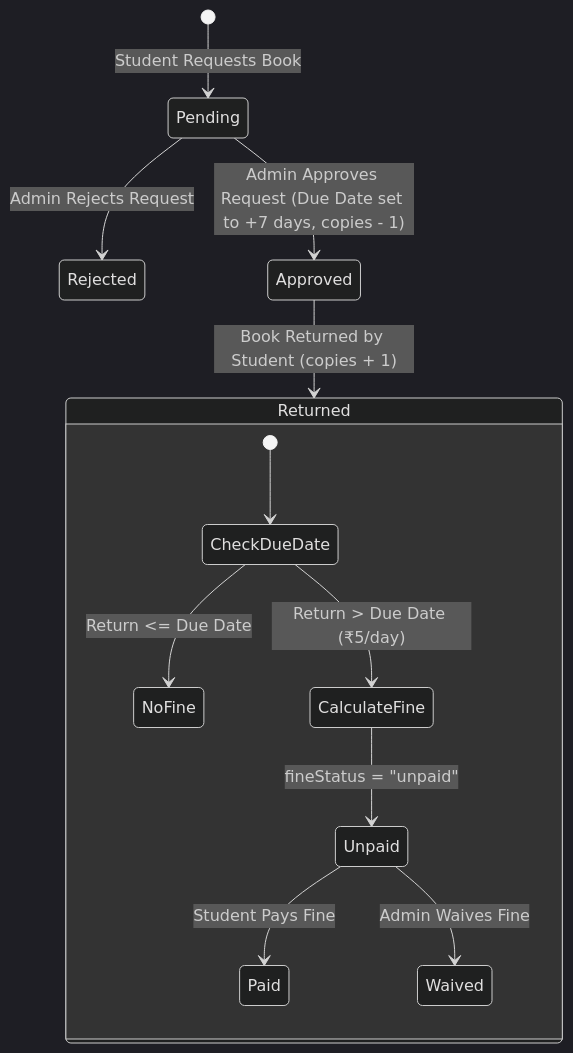
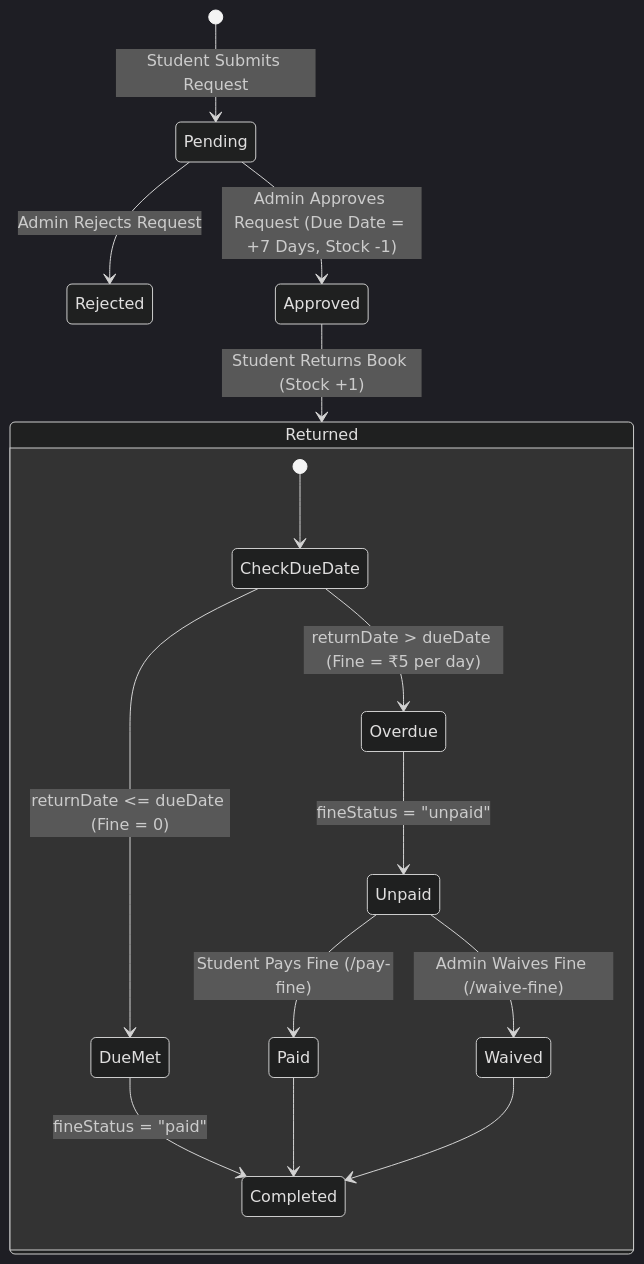
The second of 2 diagrams in readme.md (krupal-05/LMS), drawn with Mermaid (dark theme) before and after one commit. The commit also changed other lines of this file, not shown here.

````diff
--- a/readme.md
+++ b/readme.md
@@ -227,16 +235,22 @@
 ```mermaid
 stateDiagram-v2
-    [*] --> Pending: Student Requests Book
+    [*] --> Pending: Student Submits Request
     Pending --> Rejected: Admin Rejects Request
-    Pending --> Approved: Admin Approves Request (Due Date set to +7 days, copies - 1)
-    Approved --> Returned: Book Returned by Student (copies + 1)
+    Pending --> Approved: Admin Approves Request (Due Date = +7 Days, Stock -1)
+    
+    Approved --> Returned: Student Returns Book (Stock +1)
     
     state Returned {
         [*] --> CheckDueDate
-        CheckDueDate --> NoFine: Return <= Due Date
-        CheckDueDate --> CalculateFine: Return > Due Date (₹5/day)
-        CalculateFine --> Unpaid: fineStatus = "unpaid"
-        Unpaid --> Paid: Student Pays Fine
-        Unpaid --> Waived: Admin Waives Fine
+        CheckDueDate --> DueMet: returnDate <= dueDate (Fine = 0)
+        CheckDueDate --> Overdue: returnDate > dueDate (Fine = ₹5 per day)
+        
+        DueMet --> Completed: fineStatus = "paid"
+        Overdue --> Unpaid: fineStatus = "unpaid"
+        
+        Unpaid --> Paid: Student Pays Fine (/pay-fine)
+        Unpaid --> Waived: Admin Waives Fine (/waive-fine)
+        Paid --> Completed
+        Waived --> Completed
     }
 ```
````
